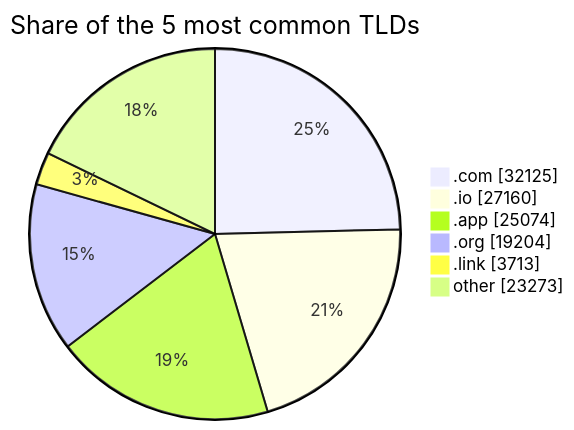
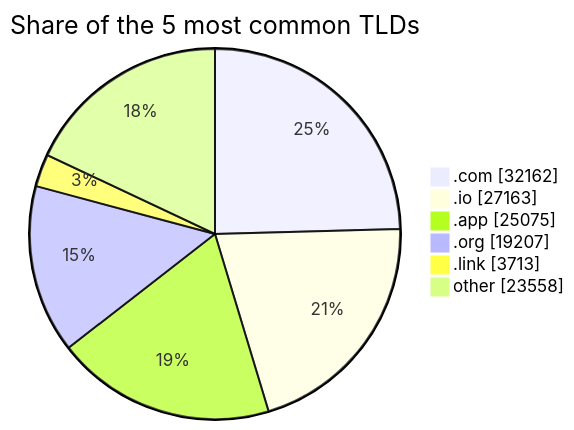
The third of 3 diagrams in README.md (DNSBunker/CTI), drawn with Mermaid before and after one commit. The commit also changed other lines of this file and 3 other files, not shown here.

````diff
--- a/README.md
+++ b/README.md
@@ -81,9 +81,9 @@
 ```mermaid
 pie showData title Share of the 5 most common TLDs
-    ".com" : 32125
-    ".io" : 27160
-    ".app" : 25074
-    ".org" : 19204
+    ".com" : 32162
+    ".io" : 27163
+    ".app" : 25075
+    ".org" : 19207
     ".link" : 3713
-    "other" : 23273
+    "other" : 23558
 ```
````
